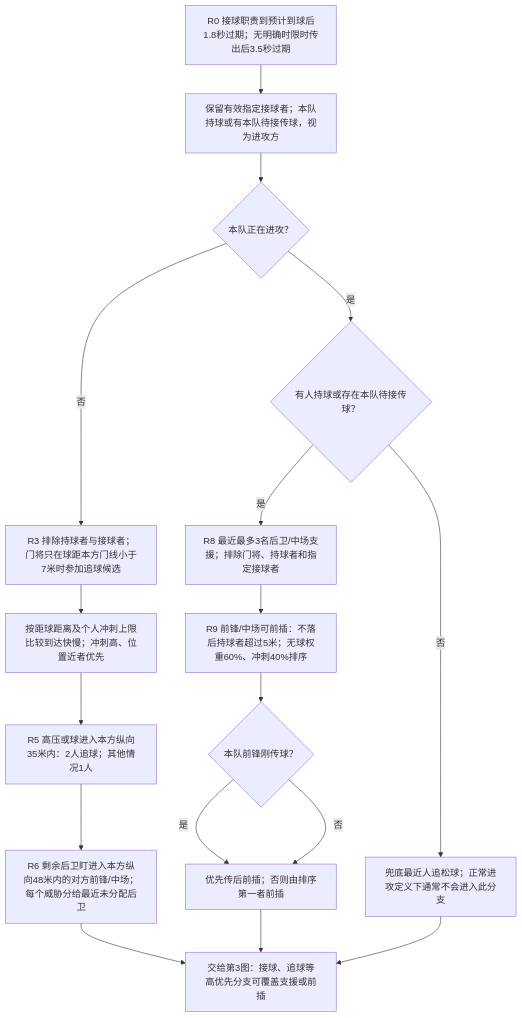
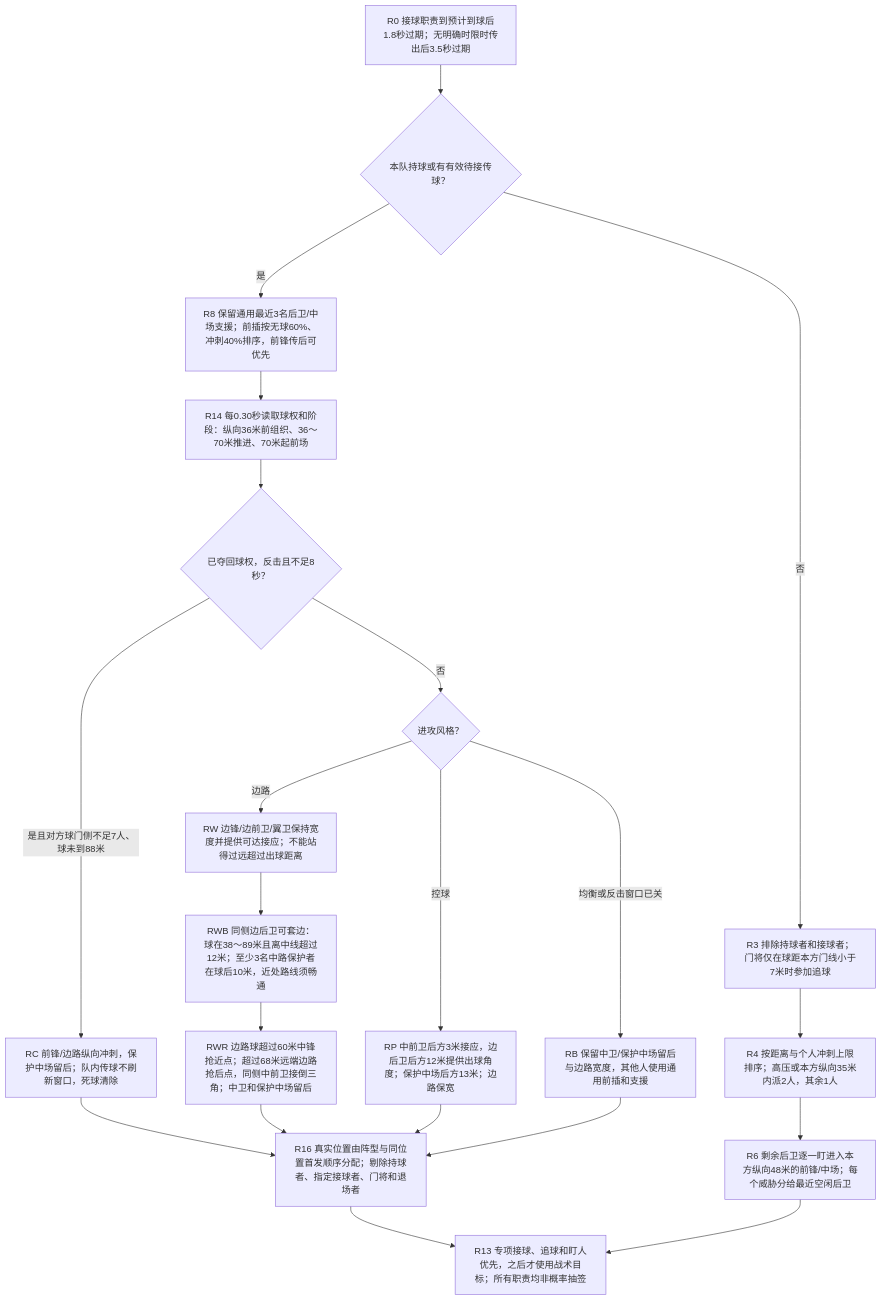
The second of 6 diagrams in packages/shared/modules/matches/design/PLAYER_DECISION_MAP.md (sixu3575/touchline-manager), drawn with Mermaid before and after one commit. The commit also changed other lines of this file and 43 other files, not shown here.

````diff
--- a/packages/shared/modules/matches/design/PLAYER_DECISION_MAP.md
+++ b/packages/shared/modules/matches/design/PLAYER_DECISION_MAP.md
@@ -54,19 +54,23 @@
 ```mermaid
 flowchart TD
-  R0["R0 接球职责到预计到球后1.8秒过期；无明确时限时传出后3.5秒过期"] --> R1["保留有效指定接球者；本队持球或有本队待接传球，视为进攻方"]
-  R1 --> R2{"本队正在进攻？"}
-  R2 -->|否| R3["R3 排除持球者与接球者；门将只在球距本方门线小于7米时参加追球候选"]
-  R3 --> R4["按距球距离及个人冲刺上限比较到达快慢；冲刺高、位置近者优先"]
-  R4 --> R5["R5 高压或球进入本方纵向35米内：2人追球；其他情况1人"]
-  R5 --> R6["R6 剩余后卫盯进入本方纵向48米内的对方前锋/中场；每个威胁分给最近未分配后卫"]
-  R2 -->|是| R7{"有人持球或存在本队待接传球？"}
-  R7 -->|是| R8["R8 最近最多3名后卫/中场支援；排除门将、持球者和指定接球者"]
-  R8 --> R9["R9 前锋/中场可前插：不落后持球者超过5米；无球权重60%、冲刺40%排序"]
-  R9 --> R10{"本队前锋刚传球？"}
-  R10 -->|是| R11["优先传后前插；否则由排序第一者前插"]
-  R10 -->|否| R11
-  R7 -->|否| R12["兜底最近人追松球；正常进攻定义下通常不会进入此分支"]
-  R6 --> R13["交给第3图：接球、追球等高优先分支可覆盖支援或前插"]
-  R11 --> R13
-  R12 --> R13
+  R0["R0 接球职责到预计到球后1.8秒过期；无明确时限时传出后3.5秒过期"] --> R1{"本队持球或有有效待接传球？"}
+  R1 -->|否| R3["R3 排除持球者和接球者；门将仅在球距本方门线小于7米时参加追球"]
+  R3 --> R4["R4 按距离与个人冲刺上限排序；高压或本方纵向35米内派2人，其余1人"]
+  R4 --> R6["R6 剩余后卫逐一盯进入本方纵向48米的前锋/中场；每个威胁分给最近空闲后卫"]
+  R1 -->|是| R8["R8 保留通用最近3名后卫/中场支援；前插按无球60%、冲刺40%排序，前锋传后可优先"]
+  R8 --> R14["R14 每0.30秒读取球权和阶段：纵向36米前组织、36～70米推进、70米起前场"]
+  R14 --> R15{"已夺回球权，反击且不足8秒？"}
+  R15 -->|是且对方球门侧不足7人、球未到88米| RC["RC 前锋/边路纵向冲刺，保护中场留后；队内传球不刷新窗口，死球清除"]
+  R15 -->|否| RS{"进攻风格？"}
+  RS -->|边路| RW["RW 边锋/边前卫/翼卫保持宽度并提供可达接应；不能站得过远超过出球距离"]
+  RW --> RWB["RWB 同侧边后卫可套边：球在38～89米且离中线超过12米；至少3名中路保护者在球后10米，近处路线须畅通"]
+  RWB --> RWR["RWR 边路球超过60米中锋抢近点；超过68米远端边路抢后点，同侧中前卫接倒三角；中卫和保护中场留后"]
+  RS -->|控球| RP["RP 中前卫后方3米接应，边后卫后方12米提供出球角度；保护中场后方13米；边路保宽"]
+  RS -->|均衡或反击窗口已关| RB["RB 保留中卫/保护中场留后与边路宽度，其他人使用通用前插和支援"]
+  RC --> R16["R16 真实位置由阵型与同位置首发顺序分配；剔除持球者、指定接球者、门将和退场者"]
+  RWR --> R16
+  RP --> R16
+  RB --> R16
+  R16 --> R13["R13 专项接球、追球和盯人优先，之后才使用战术目标；所有职责均非概率抽签"]
+  R6 --> R13
 ```
````
